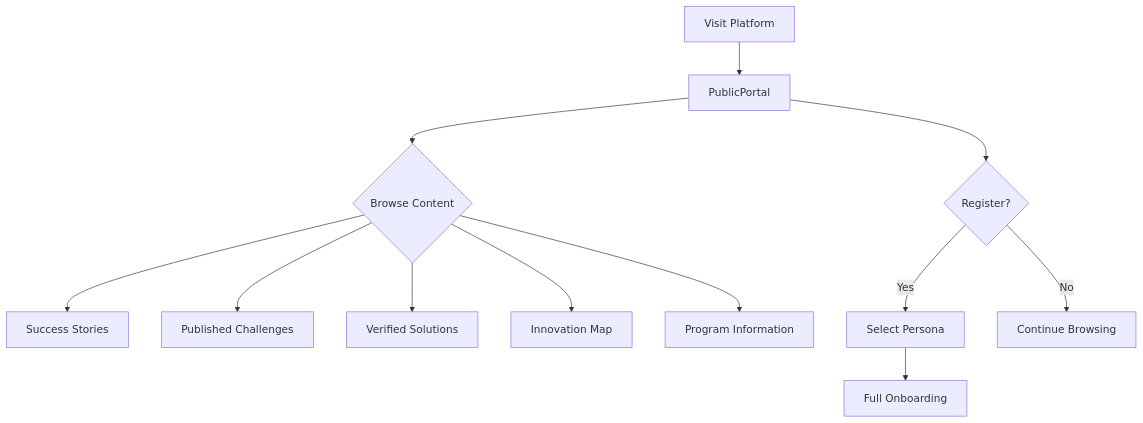
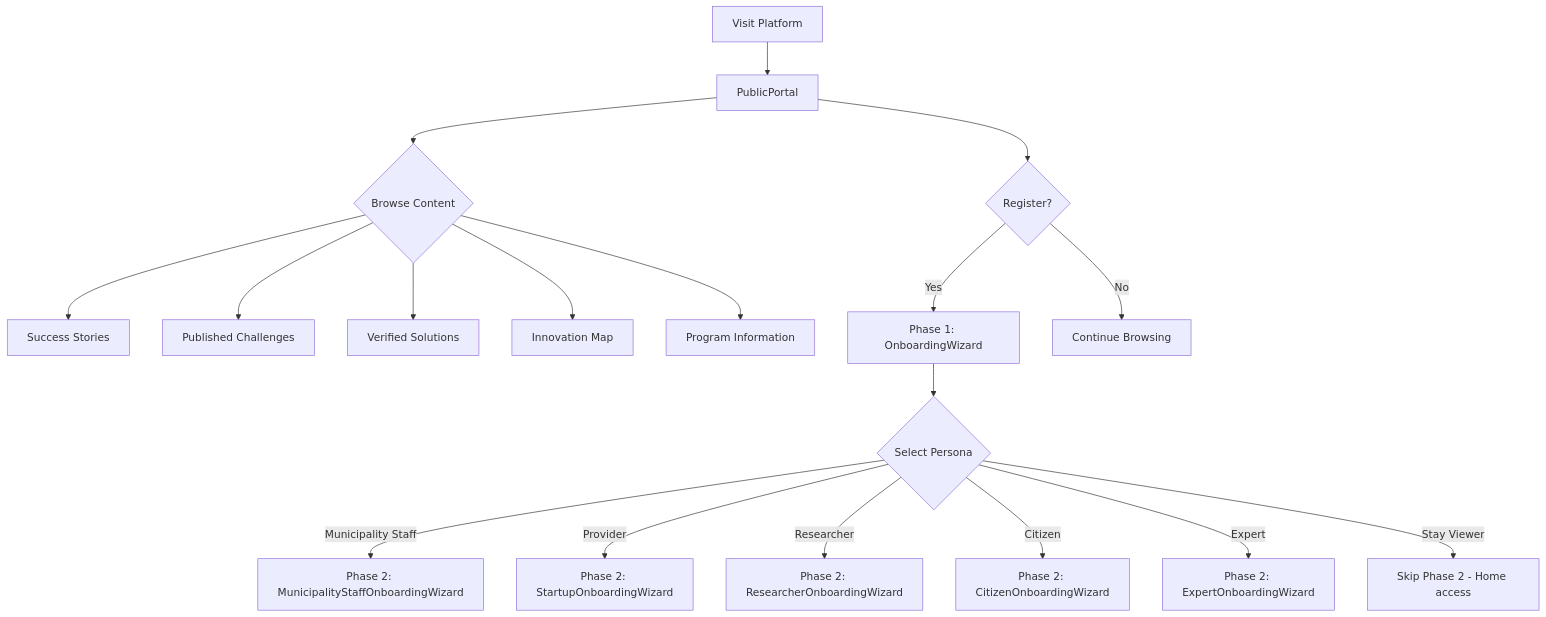
The diagram in docs/personas/VIEWER_PERSONA.md (Qahtani1979/innovate-saudi), drawn with Mermaid before and after one commit. The commit also changed other lines of this file and 8 other files, not shown here.

````diff
--- a/docs/personas/VIEWER_PERSONA.md
+++ b/docs/personas/VIEWER_PERSONA.md
@@ -19,14 +19,20 @@
 ```mermaid
 graph TD
     A[Visit Platform] --> B[PublicPortal]
     B --> C{Browse Content}
     C --> D[Success Stories]
     C --> E[Published Challenges]
     C --> F[Verified Solutions]
     C --> G[Innovation Map]
     C --> H[Program Information]
     B --> I{Register?}
-    I -->|Yes| J[Select Persona]
+    I -->|Yes| J[Phase 1: OnboardingWizard]
     I -->|No| K[Continue Browsing]
-    J --> L[Full Onboarding]
+    J --> L{Select Persona}
+    L -->|Municipality Staff| M[Phase 2: MunicipalityStaffOnboardingWizard]
+    L -->|Provider| N[Phase 2: StartupOnboardingWizard]
+    L -->|Researcher| O[Phase 2: ResearcherOnboardingWizard]
+    L -->|Citizen| P[Phase 2: CitizenOnboardingWizard]
+    L -->|Expert| Q[Phase 2: ExpertOnboardingWizard]
+    L -->|Stay Viewer| R[Skip Phase 2 - Home access]
 ```
````
